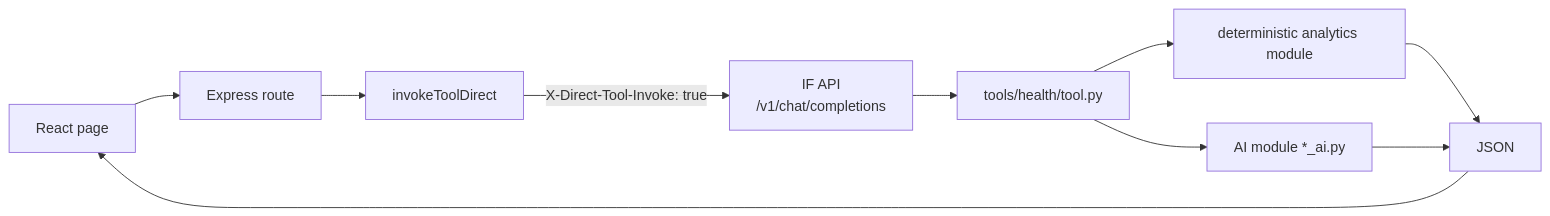
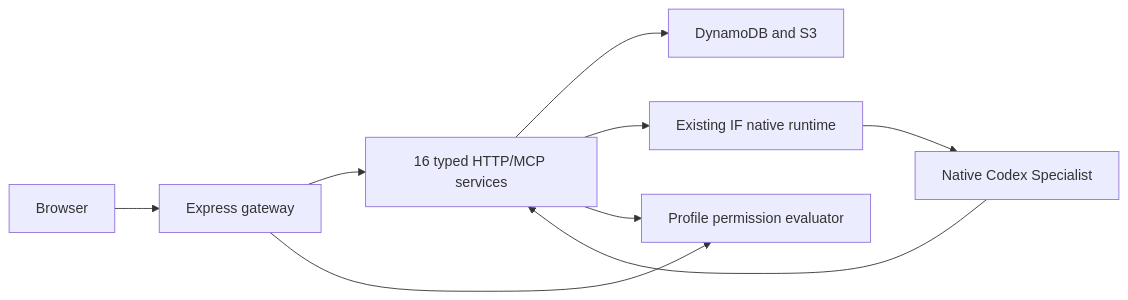
Before and after one commit to PierreStephaneVoltaire/ai-powerlifting: the first of 5 diagrams in docs/ARCHITECTURE.md, drawn with Mermaid. The commit also changed other lines of this file and 406 other files, not shown here.

````diff
--- a/docs/ARCHITECTURE.md
+++ b/docs/ARCHITECTURE.md
@@ -12,12 +14,11 @@
 ```mermaid
 flowchart LR
-  Page[React page] --> Route[Express route]
-  Route --> Invoke[invokeToolDirect]
-  Invoke -->|X-Direct-Tool-Invoke: true| Api[IF API\n/v1/chat/completions]
-  Api --> Tool[tools/health/tool.py]
-  Tool --> Det[deterministic analytics module]
-  Tool --> Ai[AI module *_ai.py]
-  Det --> Json[JSON]
-  Ai --> Json
-  Json --> Page
+  Browser --> Gateway[Express gateway]
+  Gateway --> Service[16 typed HTTP/MCP services]
+  Specialist[Native Codex Specialist] --> Service
+  Service --> Store[DynamoDB and S3]
+  Service --> Runtime[Existing IF native runtime]
+  Runtime --> Specialist
+  Gateway --> Profile[Profile permission evaluator]
+  Service --> Profile
 ```
````
